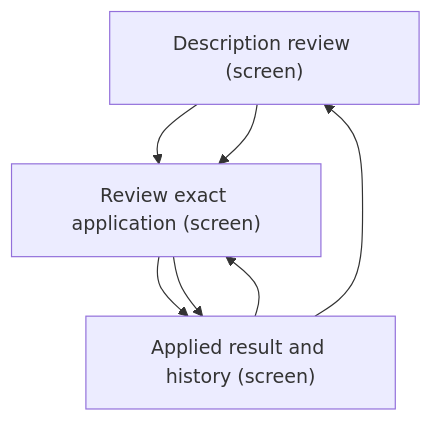
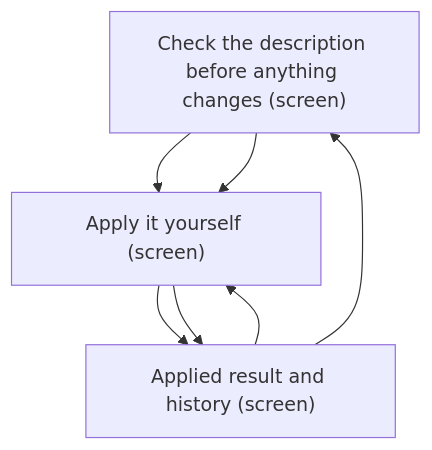
One commit to darce/context-alt-text-monorepo changed the fourth of 6 diagrams in apps/prototype-wp-alt-context/docs/ux-maps/guided-prototype.md. Above: the diagram before and after it, drawn with Mermaid. The commit also changed other lines of this file and 1 other file, not shown here.

````diff
--- a/apps/prototype-wp-alt-context/docs/ux-maps/guided-prototype.md
+++ b/apps/prototype-wp-alt-context/docs/ux-maps/guided-prototype.md
@@ -252,13 +300,13 @@
 ```mermaid
 flowchart TD
-  %% flow: Apply two revisions and undo in order job=recover
-  n_draft["Description review (screen)"]
-  n_apply["Review exact application (screen)"]
+  %% flow: Apply two edits and undo in order job=recover
+  n_draft["Check the description before anything changes (screen)"]
+  n_apply["Apply it yourself (screen)"]
   n_draft --> n_apply
   n_result["Applied result and history (screen)"]
   n_apply --> n_result
   n_result --> n_draft
   n_draft --> n_apply
   n_apply --> n_result
   n_result --> n_apply
 ```
````
